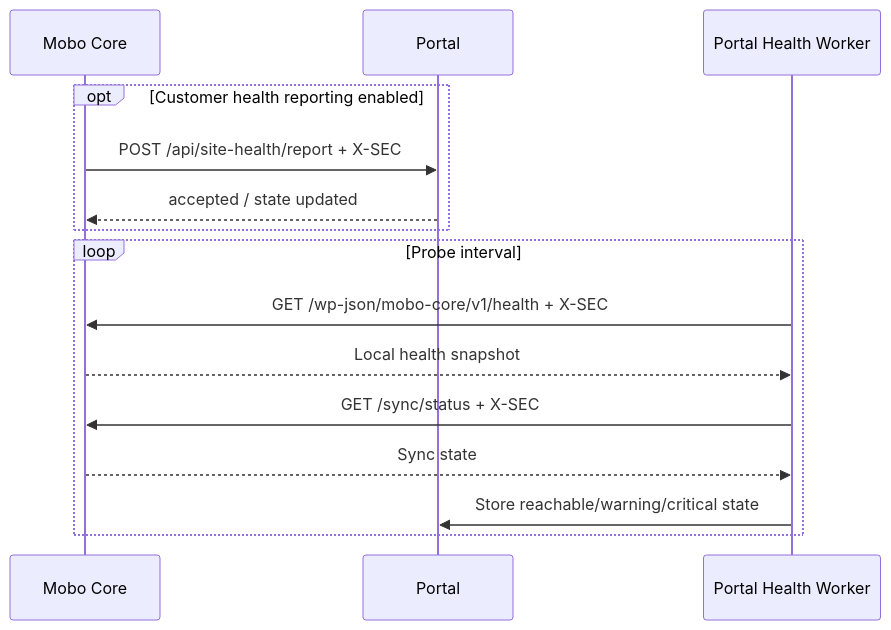
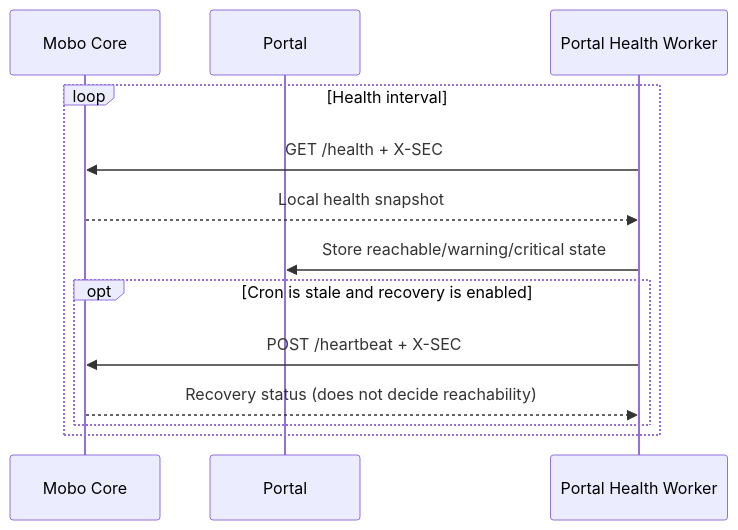
Before and after one commit to PedramDev/mobo-core: diagram 11 of 11 in wp-content/plugins/mobo-core/DIAGRAMS.MD, drawn with Mermaid. The commit also changed 13 other files, not shown here.

````diff
--- a/wp-content/plugins/mobo-core/DIAGRAMS.MD
+++ b/wp-content/plugins/mobo-core/DIAGRAMS.MD
@@ -250,18 +250,16 @@
 ```mermaid
 sequenceDiagram
     participant WP as Mobo Core
     participant P as Portal
     participant HW as Portal Health Worker
 
-    opt Customer health reporting enabled
-        WP->>P: POST /api/site-health/report + X-SEC
-        P-->>WP: accepted / state updated
-    end
-    loop Probe interval
-        HW->>WP: GET /wp-json/mobo-core/v1/health + X-SEC
+    loop Health interval
+        HW->>WP: GET /health + X-SEC
         WP-->>HW: Local health snapshot
-        HW->>WP: GET /sync/status + X-SEC
-        WP-->>HW: Sync state
         HW->>P: Store reachable/warning/critical state
+        opt Cron is stale and recovery is enabled
+            HW->>WP: POST /heartbeat + X-SEC
+            WP-->>HW: Recovery status (does not decide reachability)
+        end
     end
 ```
````
